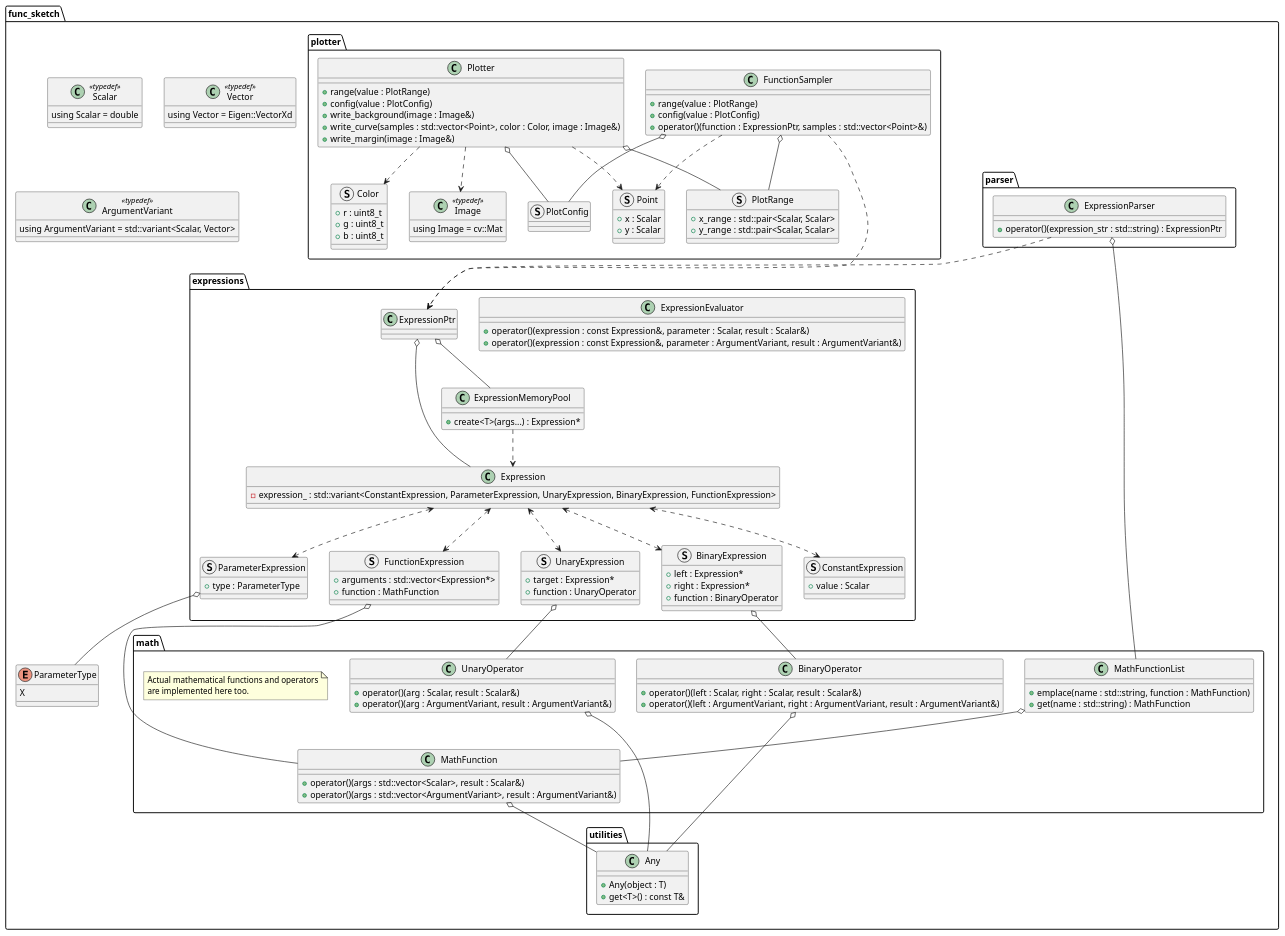
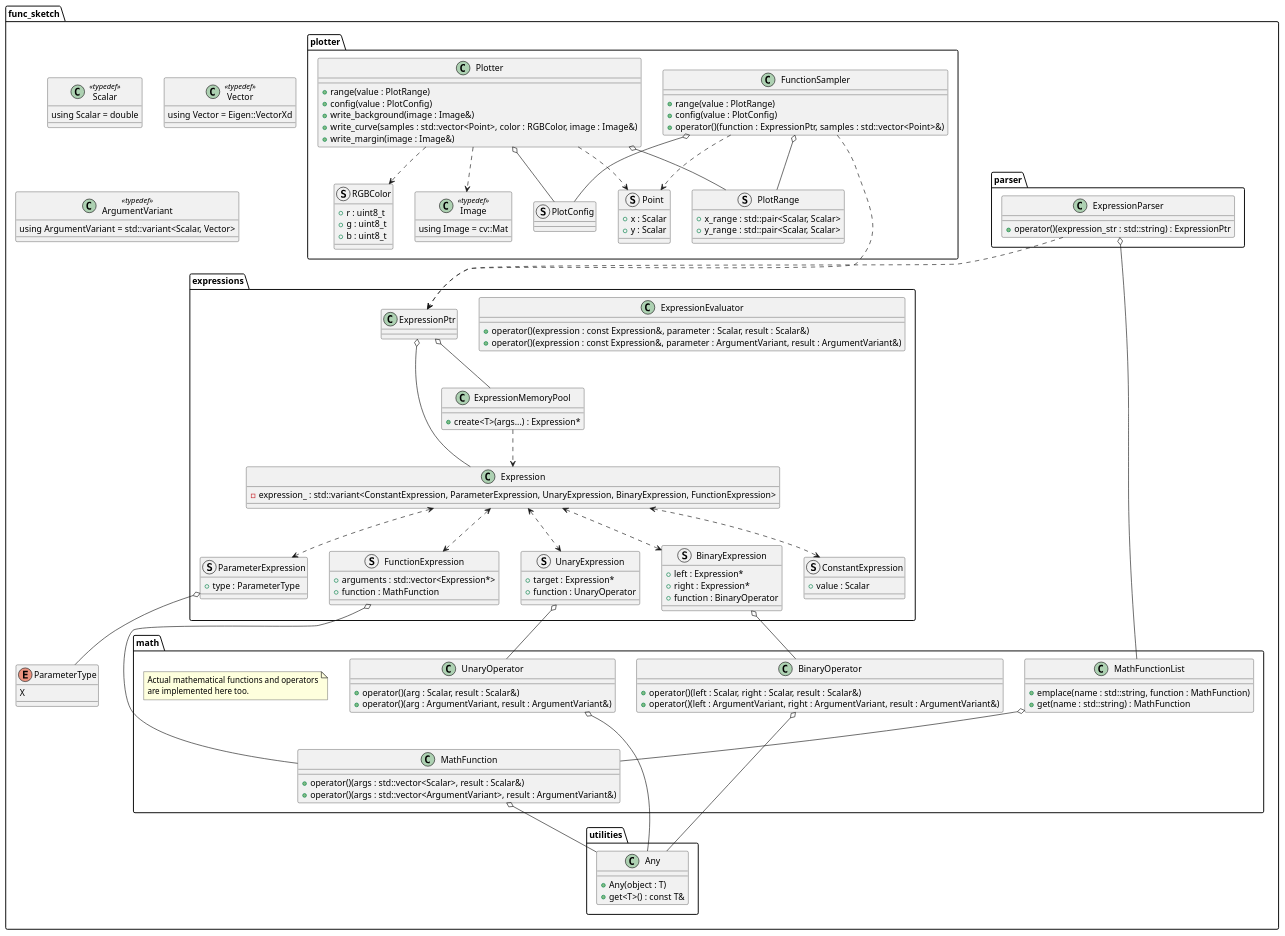
Before and after one commit to MusicScience37/FuncSketch: the diagram in docs/sphinx/design_notes/classes_cpp.puml, drawn with PlantUML. The commit also changed 13 other files, not shown here.

```diff
--- a/docs/sphinx/design_notes/classes_cpp.puml
+++ b/docs/sphinx/design_notes/classes_cpp.puml
@@ -1,167 +1,167 @@
 @startuml classes_cpp
 
 package func_sketch {
     class Scalar <<typedef>> {
         using Scalar = double
     }
 
     class Vector <<typedef>> {
         using Vector = Eigen::VectorXd
     }
 
     class ArgumentVariant <<typedef>> {
         using ArgumentVariant = std::variant<Scalar, Vector>
     }
 
     enum ParameterType {
         X
     }
 
     package utilities {
         class Any {
             + Any(object : T)
             + get<T>() : const T&
         }
     }
 
     package math {
         class UnaryOperator {
             + operator()(arg : Scalar, result : Scalar&)
             + operator()(arg : ArgumentVariant, result : ArgumentVariant&)
         }
         UnaryOperator o-- Any
 
         class BinaryOperator {
             + operator()(left : Scalar, right : Scalar, result : Scalar&)
             + operator()(left : ArgumentVariant, right : ArgumentVariant, result : ArgumentVariant&)
         }
         BinaryOperator o-- Any
 
         class MathFunction {
             + operator()(args : std::vector<Scalar>, result : Scalar&)
             + operator()(args : std::vector<ArgumentVariant>, result : ArgumentVariant&)
         }
         MathFunction o-- Any
 
         class MathFunctionList {
             + emplace(name : std::string, function : MathFunction)
             + get(name : std::string) : MathFunction
         }
         MathFunctionList o-- MathFunction
 
         note as math_functions_note
             Actual mathematical functions and operators
             are implemented here too.
         end note
     }
 
     package expressions {
         class Expression {
             - expression_ : std::variant<ConstantExpression, ParameterExpression, UnaryExpression, BinaryExpression, FunctionExpression>
         }
 
         struct ConstantExpression {
             + value : Scalar
         }
         Expression <..> ConstantExpression
 
         struct ParameterExpression {
             + type : ParameterType
         }
         Expression <..> ParameterExpression
         ParameterExpression o-- ParameterType
 
         struct UnaryExpression {
             + target : Expression*
             + function : UnaryOperator
         }
         Expression <..> UnaryExpression
         UnaryExpression o-- UnaryOperator
 
         struct BinaryExpression {
             + left : Expression*
             + right : Expression*
             + function : BinaryOperator
         }
         Expression <..> BinaryExpression
         BinaryExpression o-- BinaryOperator
 
         struct FunctionExpression {
             + arguments : std::vector<Expression*>
             + function : MathFunction
         }
         Expression <..> FunctionExpression
         FunctionExpression o-- MathFunction
 
         class ExpressionMemoryPool {
             + create<T>(args...) : Expression*
         }
         ExpressionMemoryPool ..> Expression
 
         class ExpressionEvaluator {
             + operator()(expression : const Expression&, parameter : Scalar, result : Scalar&)
             + operator()(expression : const Expression&, parameter : ArgumentVariant, result : ArgumentVariant&)
         }
 
         class ExpressionPtr
         ExpressionPtr o-- Expression
         ExpressionPtr o-- ExpressionMemoryPool
     }
 
     package parser {
         class ExpressionParser {
             + operator()(expression_str : std::string) : ExpressionPtr
         }
         ExpressionParser o-- MathFunctionList
         ExpressionParser ..> ExpressionPtr
     }
 
     package plotter {
-        struct Color {
+        struct RGBColor {
             + r : uint8_t
             + g : uint8_t
             + b : uint8_t
         }
 
         struct Point {
             + x : Scalar
             + y : Scalar
         }
 
         class Image <<typedef>> {
             using Image = cv::Mat
         }
 
         struct PlotRange {
             + x_range : std::pair<Scalar, Scalar>
             + y_range : std::pair<Scalar, Scalar>
         }
 
         struct PlotConfig
 
         class FunctionSampler {
             + range(value : PlotRange)
             + config(value : PlotConfig)
             + operator()(function : ExpressionPtr, samples : std::vector<Point>&)
         }
         FunctionSampler o-- PlotRange
         FunctionSampler o-- PlotConfig
         FunctionSampler ...> ExpressionPtr
         FunctionSampler ..> Point
 
         class Plotter {
             + range(value : PlotRange)
             + config(value : PlotConfig)
             + write_background(image : Image&)
-            + write_curve(samples : std::vector<Point>, color : Color, image : Image&)
+            + write_curve(samples : std::vector<Point>, color : RGBColor, image : Image&)
             + write_margin(image : Image&)
         }
         Plotter o-- PlotRange
         Plotter o-- PlotConfig
         Plotter ..> Point
-        Plotter ..> Color
+        Plotter ..> RGBColor
         Plotter ..> Image
     }
 }
 
 @enduml
```
